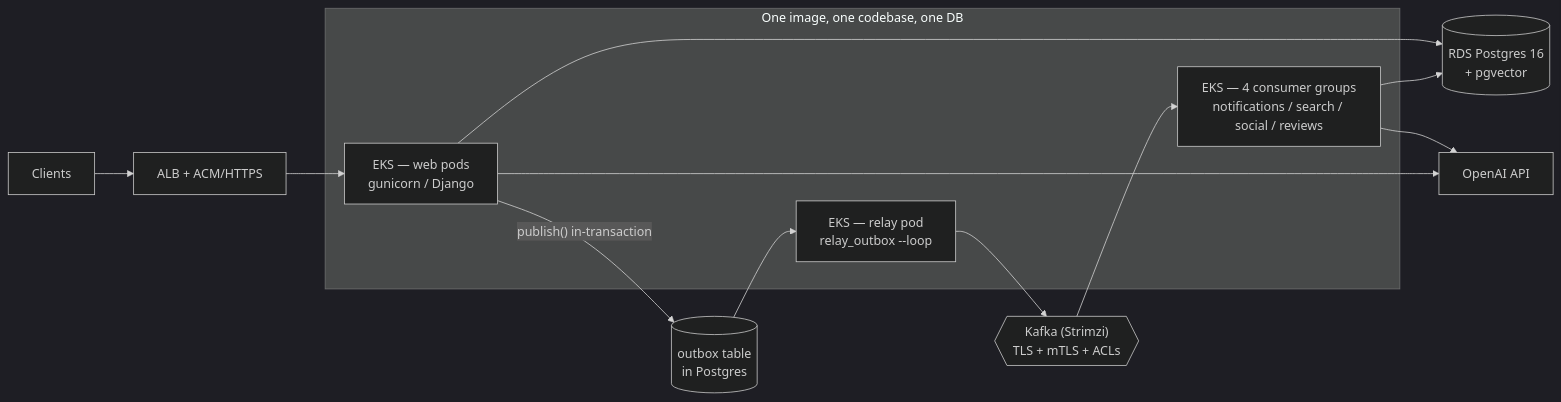
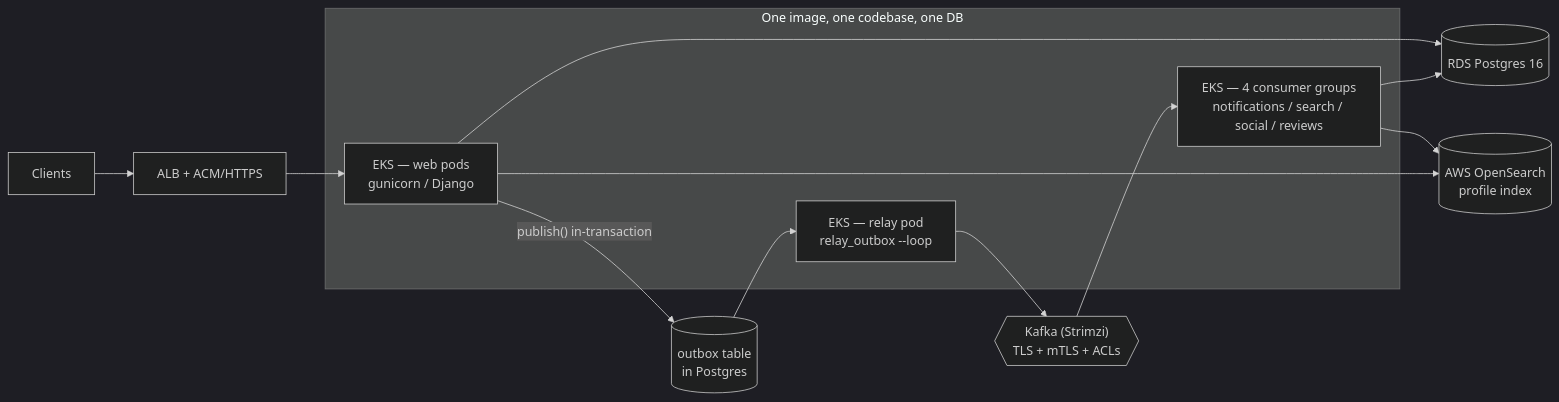
One commit to uditaditya-tech/frikkinwave-backend changed the first of 6 diagrams in MICROSERVICES.md. Above: the diagram before and after it, drawn with Mermaid (dark theme). The commit also changed other lines of this file and 8 other files, not shown here.

First line of the commit message:
docs: sync every doc to the OpenSearch migration

````diff
--- a/MICROSERVICES.md
+++ b/MICROSERVICES.md
@@ -36,19 +36,19 @@
 ```mermaid
 flowchart LR
     C[Clients] --> ALB[ALB + ACM/HTTPS]
     ALB --> WEB["EKS — web pods<br/>gunicorn / Django"]
-    WEB --> PG[("RDS Postgres 16<br/>+ pgvector")]
+    WEB --> PG[("RDS Postgres 16")]
     WEB -- "publish() in-transaction" --> OB[("outbox table<br/>in Postgres")]
     OB --> RLY["EKS — relay pod<br/>relay_outbox --loop"]
     RLY --> K{{"Kafka (Strimzi)<br/>TLS + mTLS + ACLs"}}
     K --> CG["EKS — 4 consumer groups<br/>notifications / search / social / reviews"]
     CG --> PG
-    CG --> OAI[OpenAI API]
-    WEB --> OAI
+    CG --> OS[("AWS OpenSearch<br/>profile index")]
+    WEB --> OS
 
     subgraph MONO["One image, one codebase, one DB"]
       WEB
       RLY
       CG
     end
 ```
````
